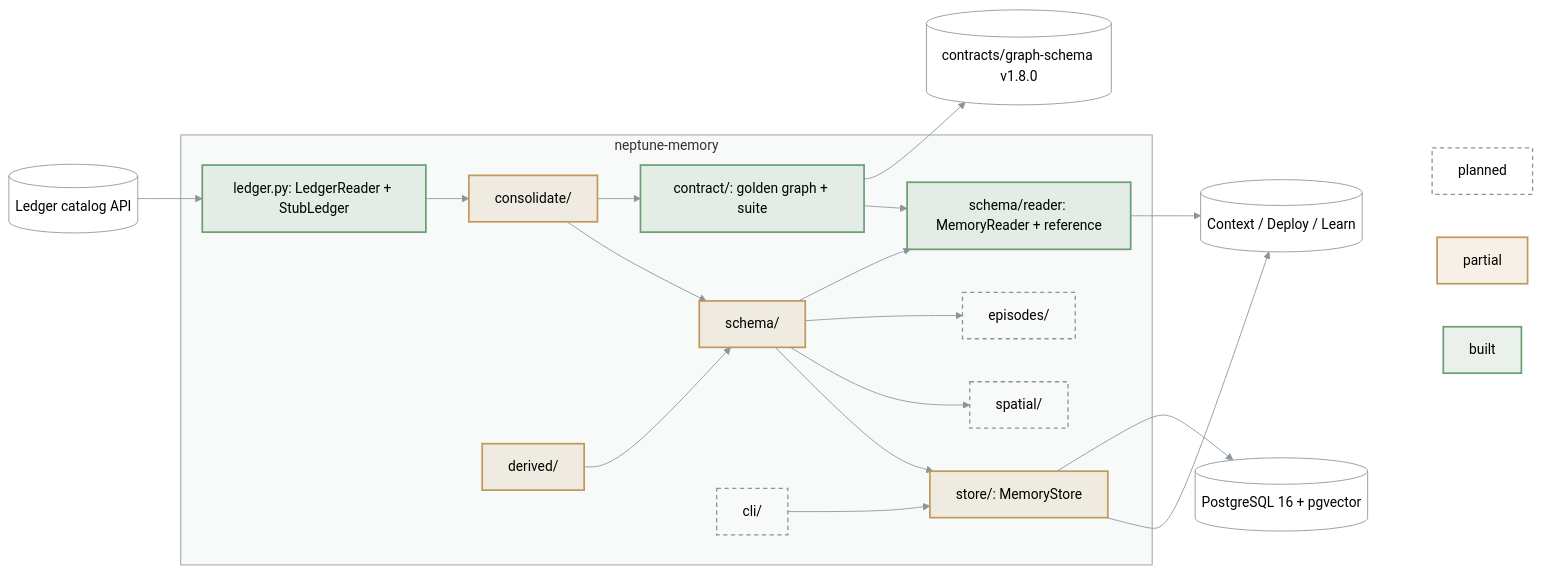
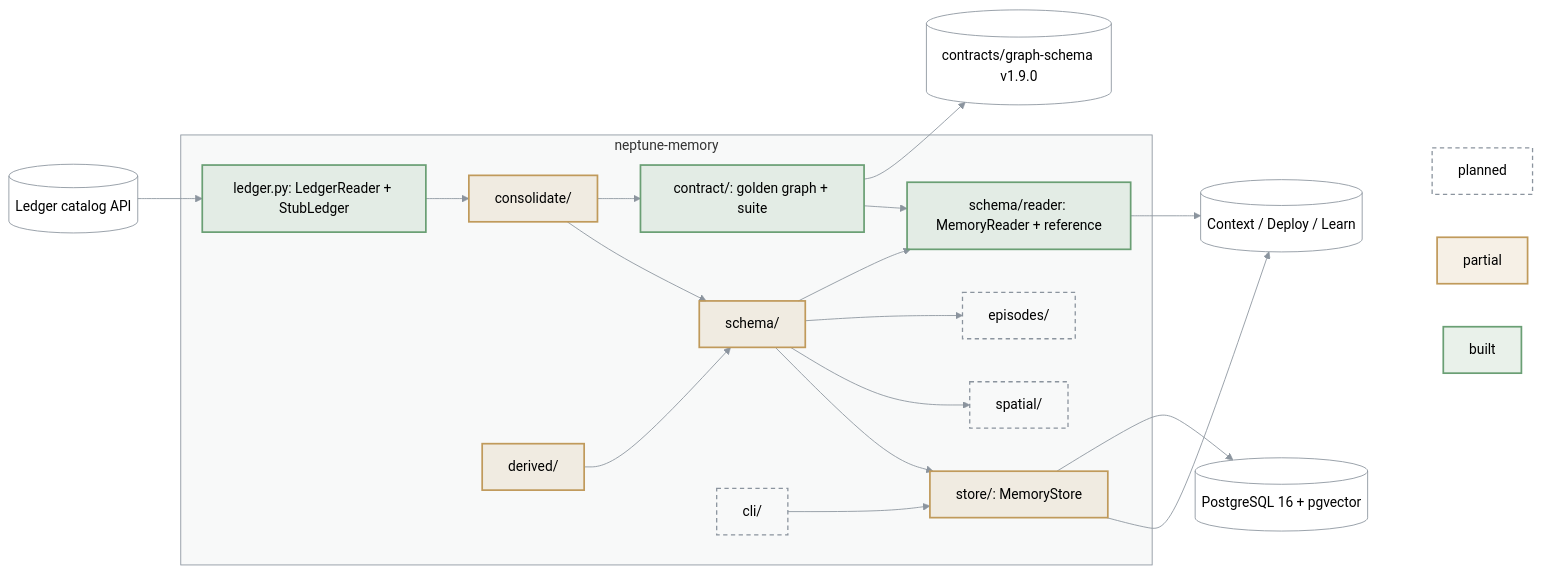
The diagram in packages/neptune-memory/ARCHITECTURE.md (bennytay/neptune), drawn with Mermaid (forest theme) before and after one commit. The commit also changed 20 other files, not shown here.

First line of the commit message:
feat(memory): publish graph-schema 1.9.0 with the graph document's builds

````diff
--- a/packages/neptune-memory/ARCHITECTURE.md
+++ b/packages/neptune-memory/ARCHITECTURE.md
@@ -3,48 +3,48 @@
 ```mermaid
 flowchart LR
   LED[("Ledger catalog API")]
   PG[("PostgreSQL 16 + pgvector")]
   subgraph M["neptune-memory"]
     SEAM["ledger.py: LedgerReader + StubLedger"]
     CON["consolidate/"]
     DER["derived/"]
     SCH["schema/"]
     RD["schema/reader: MemoryReader + reference"]
     CT["contract/: golden graph + suite"]
     STO["store/: MemoryStore"]
     SPA["spatial/"]
     EPI["episodes/"]
     CLI["cli/"]
   end
   OUT[("Context / Deploy / Learn")]
   LED --> SEAM --> CON --> SCH --> STO
   DER --> SCH
   SCH --> SPA & EPI
   SCH --> RD --> OUT
   CON --> CT --> RD
-  CT --> REG[("contracts/graph-schema v1.8.0")]
+  CT --> REG[("contracts/graph-schema v1.9.0")]
   STO --> OUT
   CLI --> STO
   STO --> PG
 
   subgraph KEY[" "]
     K1["built"]
     K2["partial"]
     K3["planned"]
   end
   OUT ~~~ K1 & K2 & K3
 
   classDef built fill:#6a9f7426,stroke:#6a9f74,stroke-width:2px
   classDef partial fill:#c09a5b26,stroke:#c09a5b,stroke-width:2px
   classDef todo fill:none,stroke:#8b949e,stroke-width:1.5px,stroke-dasharray:5 4
   classDef ext fill:none,stroke:#8b949e,stroke-width:1px
   class K1 built
   class K2 partial
   class SPA,EPI,CLI,K3 todo
   class CON,DER,SCH,STO partial
   class SEAM,RD,CT built
   class LED,OUT,PG,REG ext
   style M fill:#8b949e0f,stroke:#8b949e
   style KEY fill:none,stroke:none
   linkStyle default stroke:#8b949e
 ```
````
